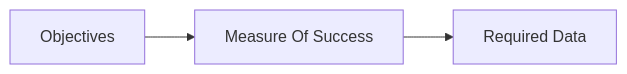
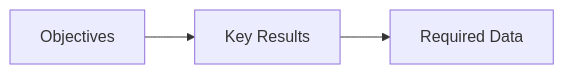
The third of 3 diagrams in docs/data/data-strategy.md (thoth-tech/handbook), drawn with Mermaid before and after one commit. The commit also changed other lines of this file and 3 other files, not shown here.

````diff
--- a/docs/data/data-strategy.md
+++ b/docs/data/data-strategy.md
@@ -171,4 +171,4 @@
 ```mermaid
 graph LR;
-  O[Objectives] --> M[Measure Of Success] --> D[Required Data]
+  O[Objectives] --> K[Key Results] --> D[Required Data]
 ```
````
